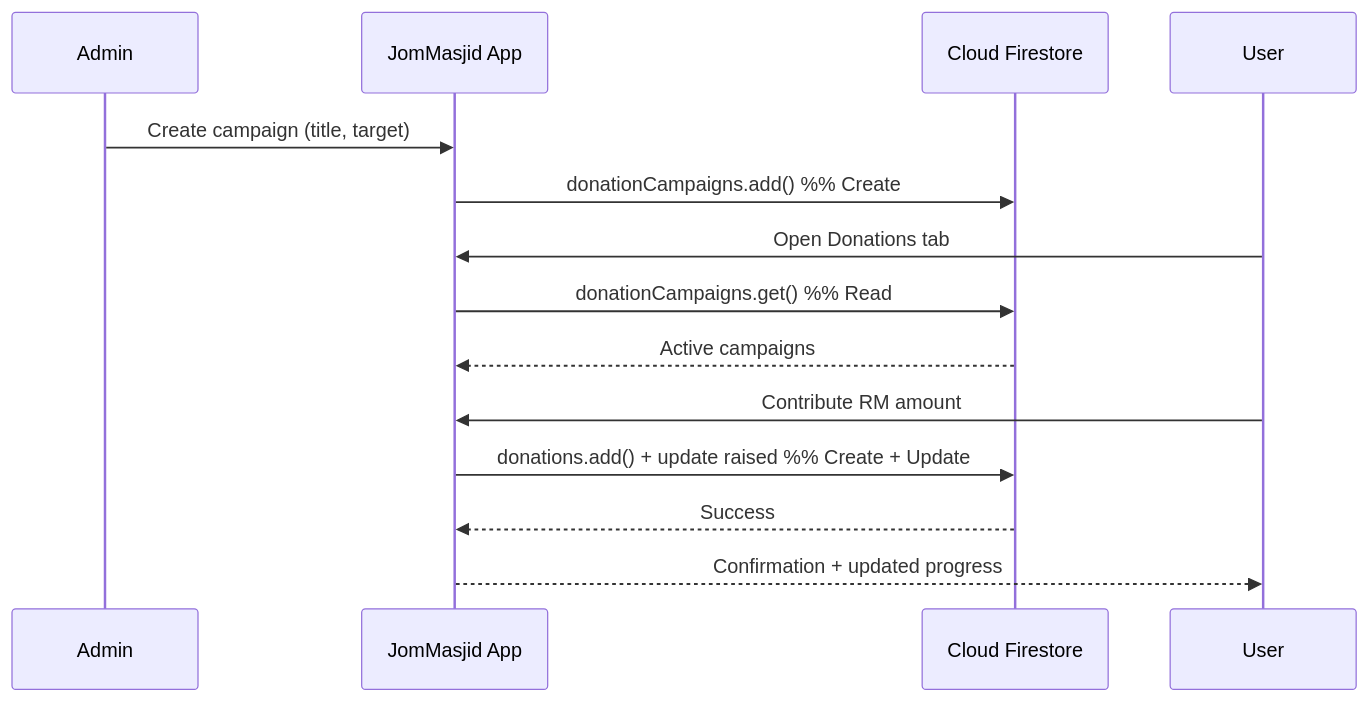
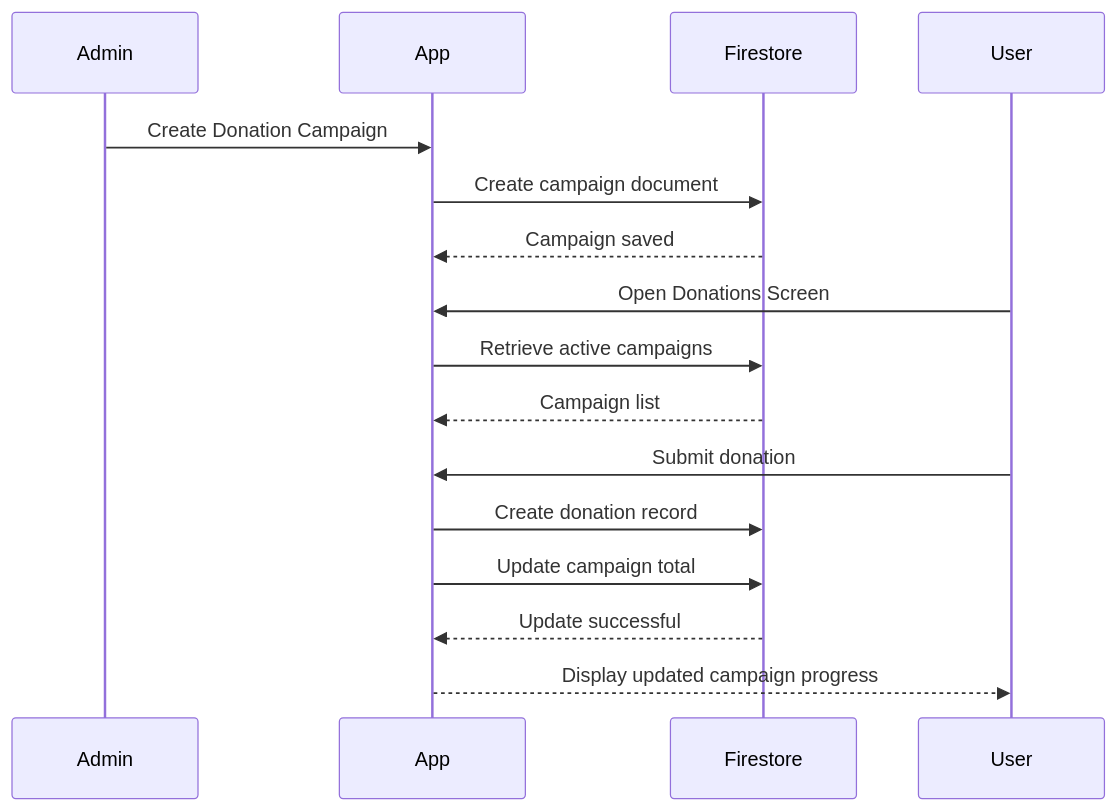
The third of 5 diagrams in README.md (AilHakim/JomMasjid), drawn with Mermaid before and after one commit. The commit also changed other lines of this file, not shown here.

Commit message:
change on diagram

````diff
--- a/README.md
+++ b/README.md
@@ -161,17 +207,23 @@
 ```mermaid
 sequenceDiagram
-    participant Admin
-    participant App as JomMasjid App
-    participant DB as Cloud Firestore
-    participant U as User
 
-    Admin->>App: Create campaign (title, target)
-    App->>DB: donationCampaigns.add()  %% Create
-    U->>App: Open Donations tab
-    App->>DB: donationCampaigns.get()  %% Read
-    DB-->>App: Active campaigns
-    U->>App: Contribute RM amount
-    App->>DB: donations.add() + update raised  %% Create + Update
-    DB-->>App: Success
-    App-->>U: Confirmation + updated progress
+participant Admin
+participant App
+participant Firestore
+participant User
+
+Admin->>App: Create Donation Campaign
+App->>Firestore: Create campaign document
+Firestore-->>App: Campaign saved
+
+User->>App: Open Donations Screen
+App->>Firestore: Retrieve active campaigns
+Firestore-->>App: Campaign list
+
+User->>App: Submit donation
+App->>Firestore: Create donation record
+App->>Firestore: Update campaign total
+
+Firestore-->>App: Update successful
+App-->>User: Display updated campaign progress
 ```
````
